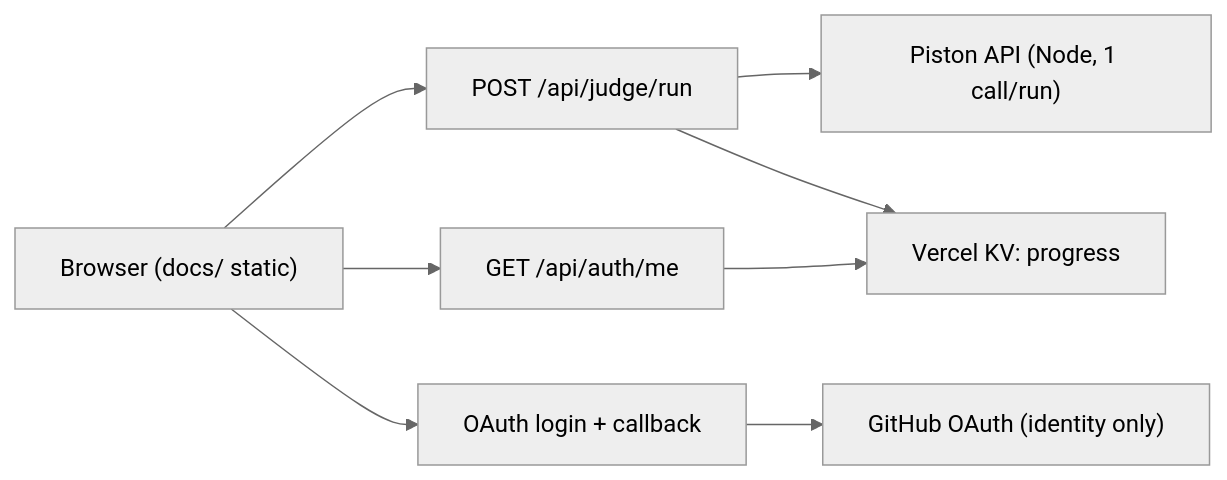
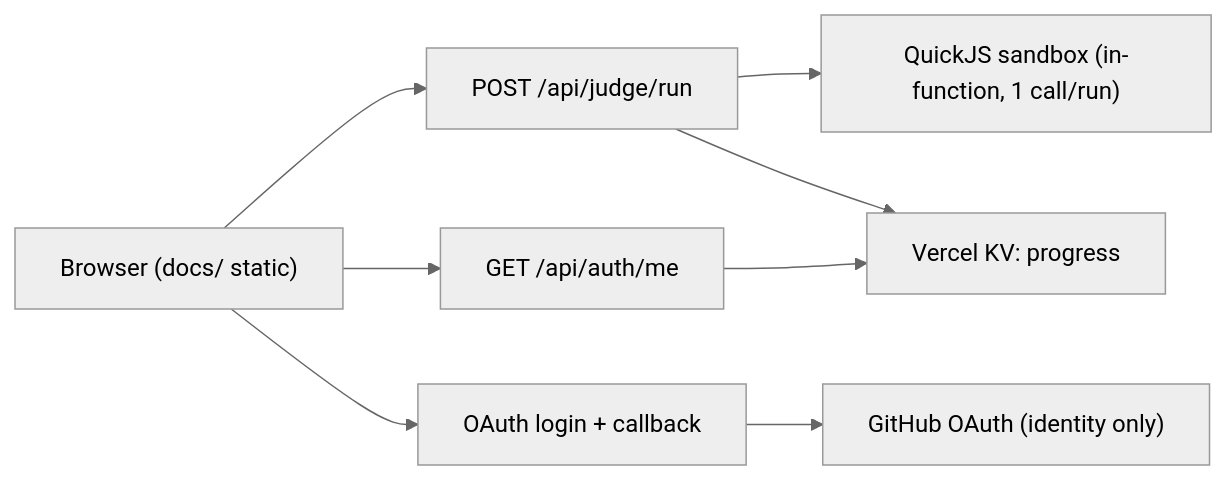
The second of 2 diagrams in MASTER_PLAN.md (mjzd7/leetcode-top-interview-150-javascript), drawn with Mermaid (neutral theme) before and after one commit. The commit also changed other lines of this file and 16 other files, not shown here.

First line of the commit message:
feat(judge): QuickJS sandbox execution routes + pilot test specs

````diff
--- a/MASTER_PLAN.md
+++ b/MASTER_PLAN.md
@@ -336,10 +336,10 @@
 ```mermaid
 flowchart LR
     Browser["Browser (docs/ static)"] --> Run["POST /api/judge/run"]
     Browser --> Me["GET /api/auth/me"]
     Browser --> Login["OAuth login + callback"]
-    Run --> Piston["Piston API (Node, 1 call/run)"]
+    Run --> Sandbox["QuickJS sandbox (in-function, 1 call/run)"]
     Run --> KV["Vercel KV: progress"]
     Me --> KV
     Login --> GH["GitHub OAuth (identity only)"]
 ```
````
